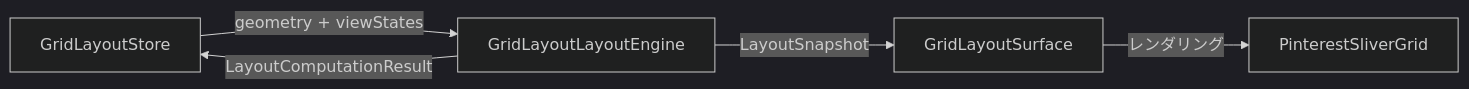
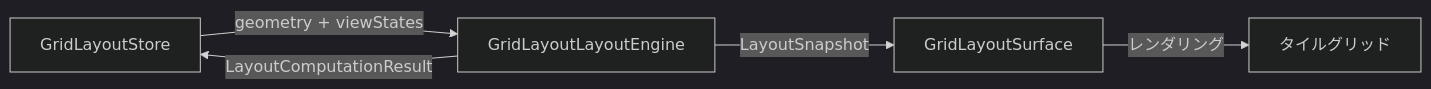
Before and after one commit to lietsee/clip-pix: the first of 4 diagrams in docs/system/grid_layout_layout_engine.md, drawn with Mermaid (dark theme). The commit also changed other lines of this file and 12 other files, not shown here.

````diff
--- a/docs/system/grid_layout_layout_engine.md
+++ b/docs/system/grid_layout_layout_engine.md
@@ -20,7 +20,7 @@
 ```mermaid
 graph LR
     A[GridLayoutStore] -->|geometry + viewStates| B[GridLayoutLayoutEngine]
     B -->|LayoutComputationResult| A
     B -->|LayoutSnapshot| C[GridLayoutSurface]
-    C -->|レンダリング| D[PinterestSliverGrid]
+    C -->|レンダリング| D[タイルグリッド]
 ```
````
